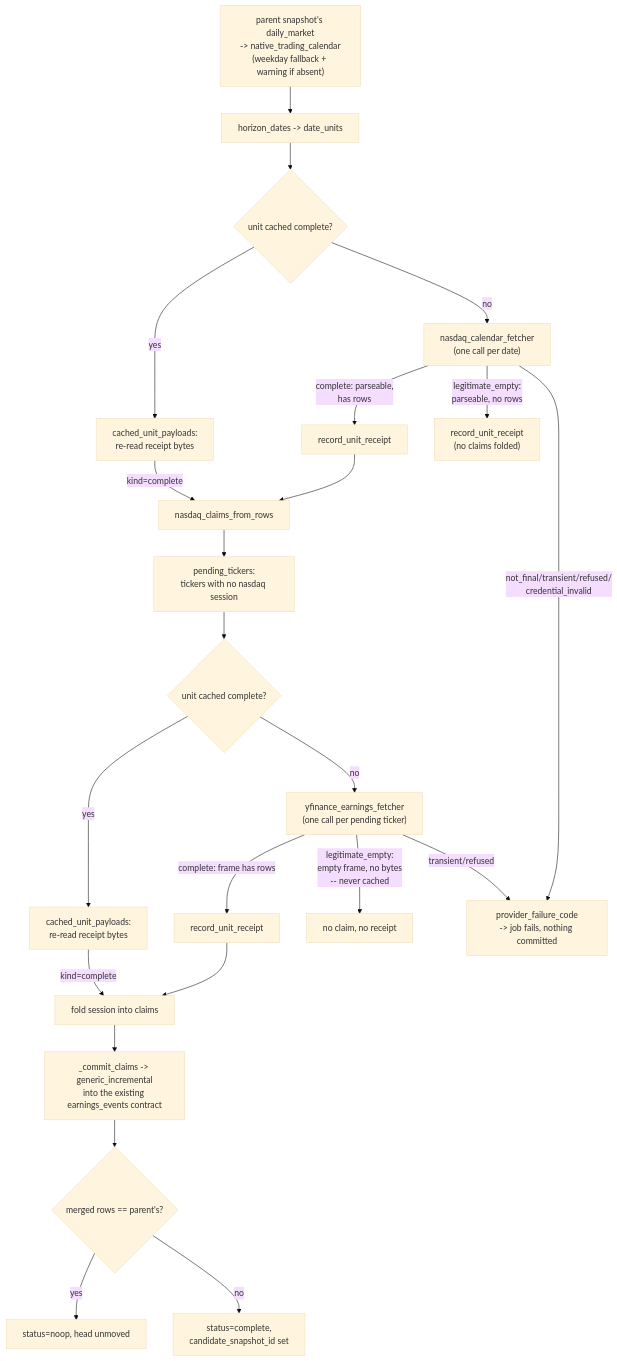
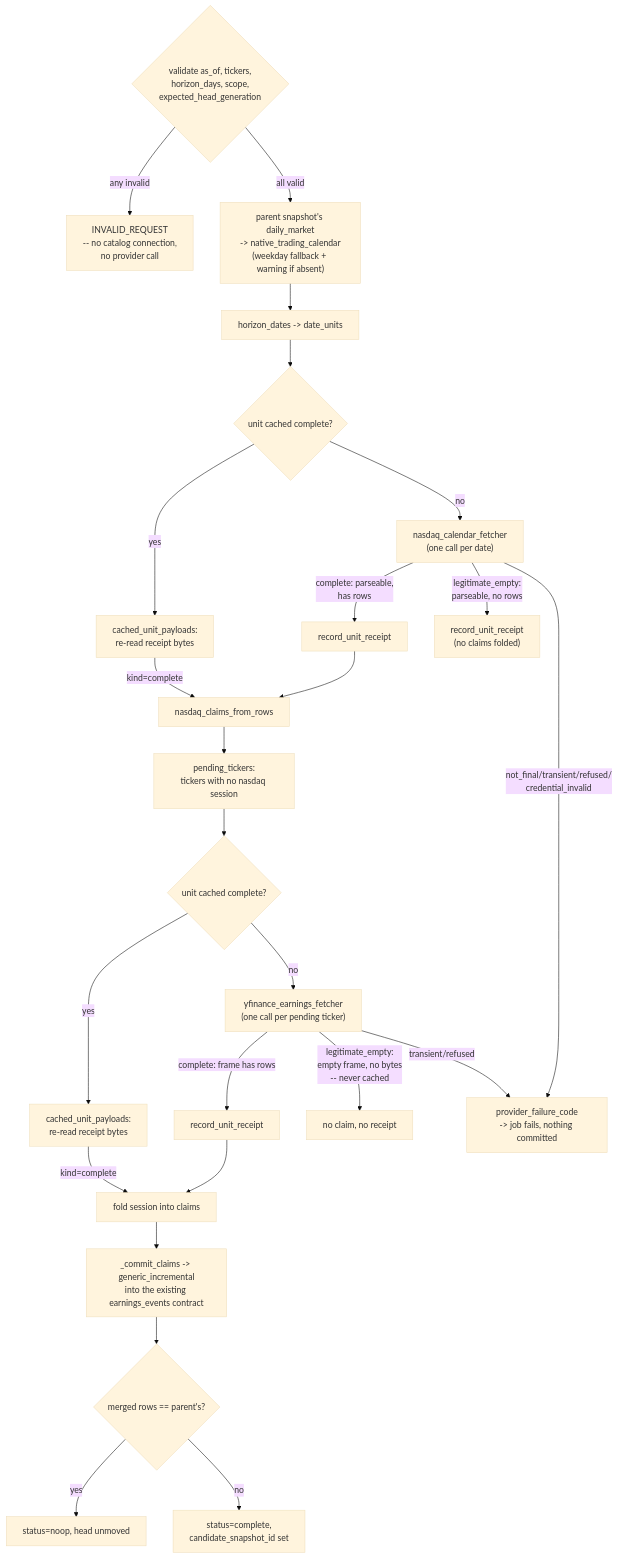
The third of 3 diagrams in engine/v2/ops/ARCHITECTURE.md (yshewchuk/investment-validation), drawn with Mermaid (base theme) before and after one commit. The commit also changed other lines of this file, not shown here.

````diff
--- a/engine/v2/ops/ARCHITECTURE.md
+++ b/engine/v2/ops/ARCHITECTURE.md
@@ -370,23 +408,26 @@
 ```mermaid
 flowchart TD
-    A["parent snapshot's daily_market<br/>-> native_trading_calendar<br/>(weekday fallback + warning if absent)"] --> B["horizon_dates -> date_units"]
+    V{"validate as_of, tickers,<br/>horizon_days, scope,<br/>expected_head_generation"}
+    V -->|any invalid| VF["INVALID_REQUEST<br/>-- no catalog connection,<br/>no provider call"]
+    V -->|all valid| A["parent snapshot's daily_market<br/>-> native_trading_calendar<br/>(weekday fallback + warning if absent)"]
+    A --> B["horizon_dates -> date_units"]
     B --> C{"unit cached complete?"}
     C -->|yes| D["cached_unit_payloads:<br/>re-read receipt bytes"]
     C -->|no| E["nasdaq_calendar_fetcher<br/>(one call per date)"]
     D -->|kind=complete| F["nasdaq_claims_from_rows"]
     E -->|complete: parseable,<br/>has rows| G["record_unit_receipt"] --> F
     E -->|legitimate_empty:<br/>parseable, no rows| G2["record_unit_receipt<br/>(no claims folded)"]
     E -->|not_final/transient/refused/<br/>credential_invalid| H["provider_failure_code<br/>-> job fails, nothing committed"]
     F --> I["pending_tickers:<br/>tickers with no nasdaq session"]
     I --> J{"unit cached complete?"}
     J -->|yes| K["cached_unit_payloads:<br/>re-read receipt bytes"]
     J -->|no| L["yfinance_earnings_fetcher<br/>(one call per pending ticker)"]
     K -->|kind=complete| M["fold session into claims"]
     L -->|complete: frame has rows| N["record_unit_receipt"] --> M
     L -->|legitimate_empty:<br/>empty frame, no bytes<br/>-- never cached| M2["no claim, no receipt"]
     L -->|transient/refused| H
     M --> O["_commit_claims -> generic_incremental<br/>into the existing earnings_events contract"]
     O --> P{"merged rows == parent's?"}
     P -->|yes| Q["status=noop, head unmoved"]
     P -->|no| R["status=complete,<br/>candidate_snapshot_id set"]
 ```
````
